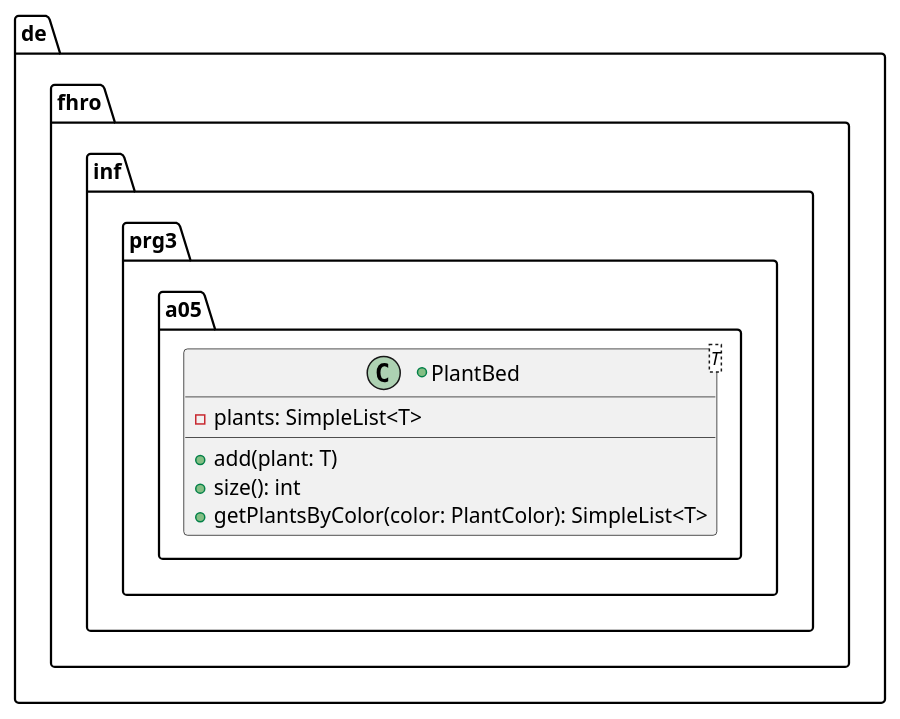
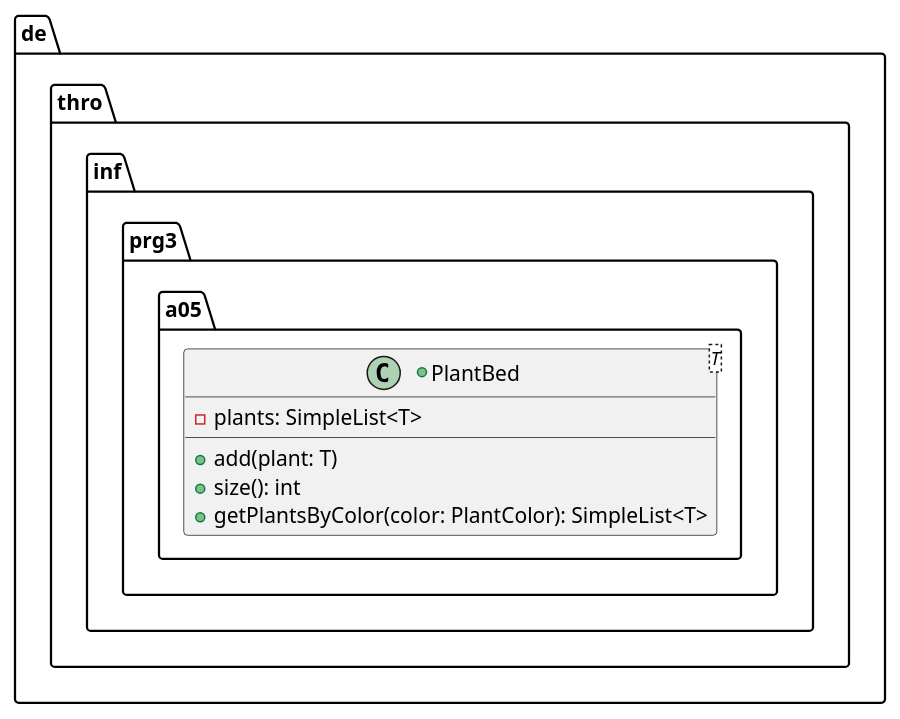
One commit to studlinnth6233/05-generic-bounds changed the diagram in assets/class-spec-2.plantuml. Above: the diagram before and after it, drawn with PlantUML. The commit also changed 17 other files, not shown here.

```diff
--- a/assets/class-spec-2.plantuml
+++ b/assets/class-spec-2.plantuml
@@ -1,12 +1,12 @@
 @startuml
-package de.fhro.inf.prg3.a05 {
+package de.thro.inf.prg3.a05 {
 
     +class PlantBed<T> {
         -plants: SimpleList<T>
 
         +add(plant: T)
         +size(): int
         +getPlantsByColor(color: PlantColor): SimpleList<T>
     }
 }
 @enduml
```
